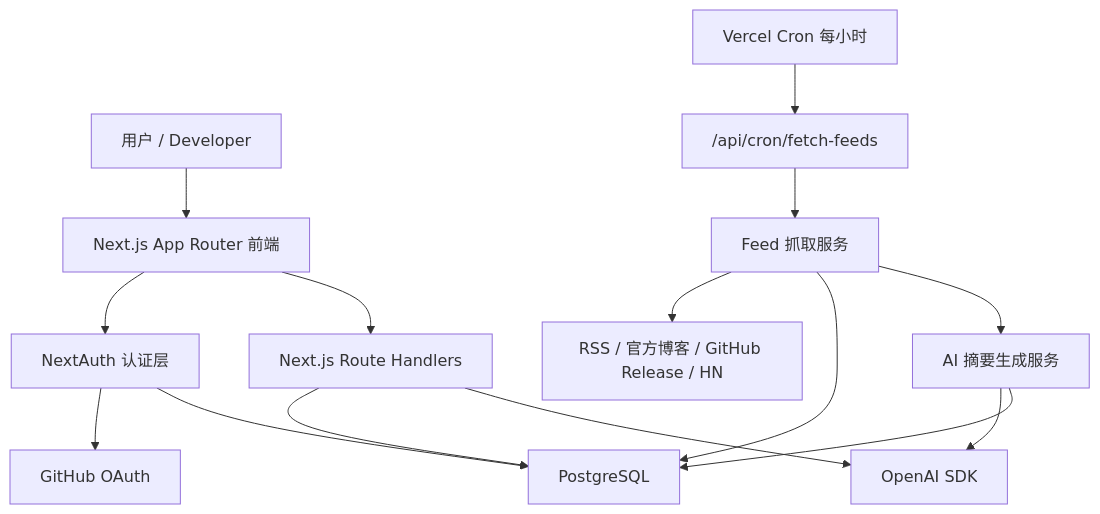
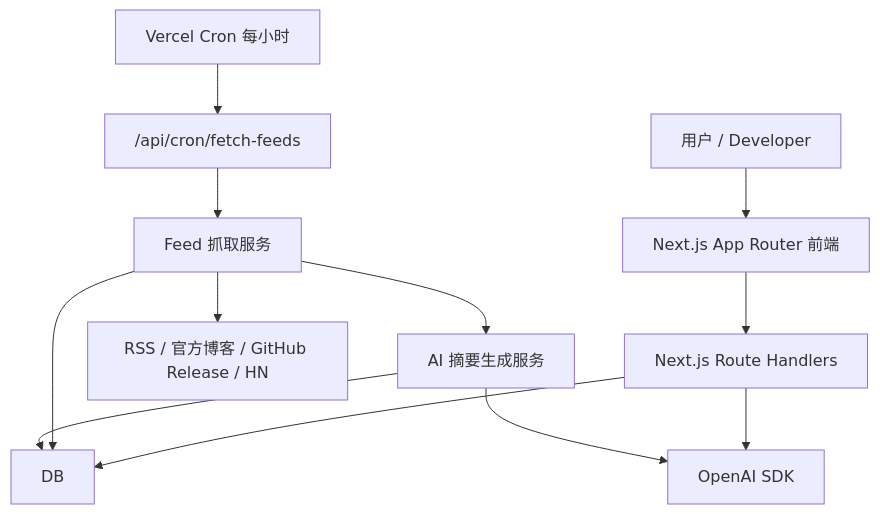
Before and after one commit to Shaoyi23/ai-tech-briefing: the first of 5 diagrams in docs/architecture.md, drawn with Mermaid. The commit also changed other lines of this file and 36 other files, not shown here.

````diff
--- a/docs/architecture.md
+++ b/docs/architecture.md
@@ -5,21 +5,17 @@
 ```mermaid
 flowchart TB
   User["用户 / Developer"] --> Web["Next.js App Router 前端"]
 
-  Web --> Auth["NextAuth 认证层"]
   Web --> API["Next.js Route Handlers"]
-
-  Auth --> GitHub["GitHub OAuth"]
-  Auth --> DB["PostgreSQL"]
 
   API --> DB
   API --> OpenAI["OpenAI SDK"]
 
   Cron["Vercel Cron 每小时"] --> CronAPI["/api/cron/fetch-feeds"]
   CronAPI --> FeedFetcher["Feed 抓取服务"]
   FeedFetcher --> RSS["RSS / 官方博客 / GitHub Release / HN"]
   FeedFetcher --> DB
   FeedFetcher --> SummaryJob["AI 摘要生成服务"]
   SummaryJob --> OpenAI
   SummaryJob --> DB
 ```
````
